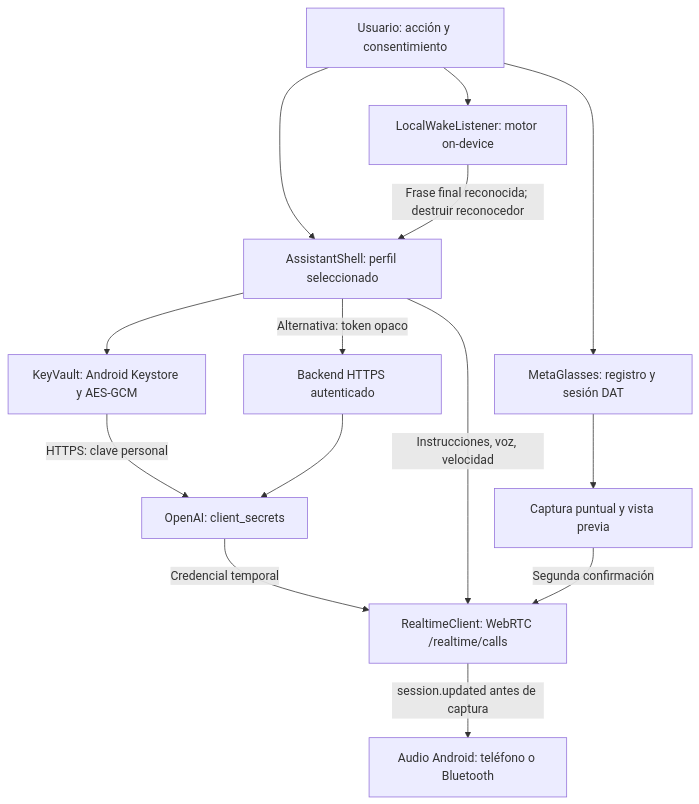
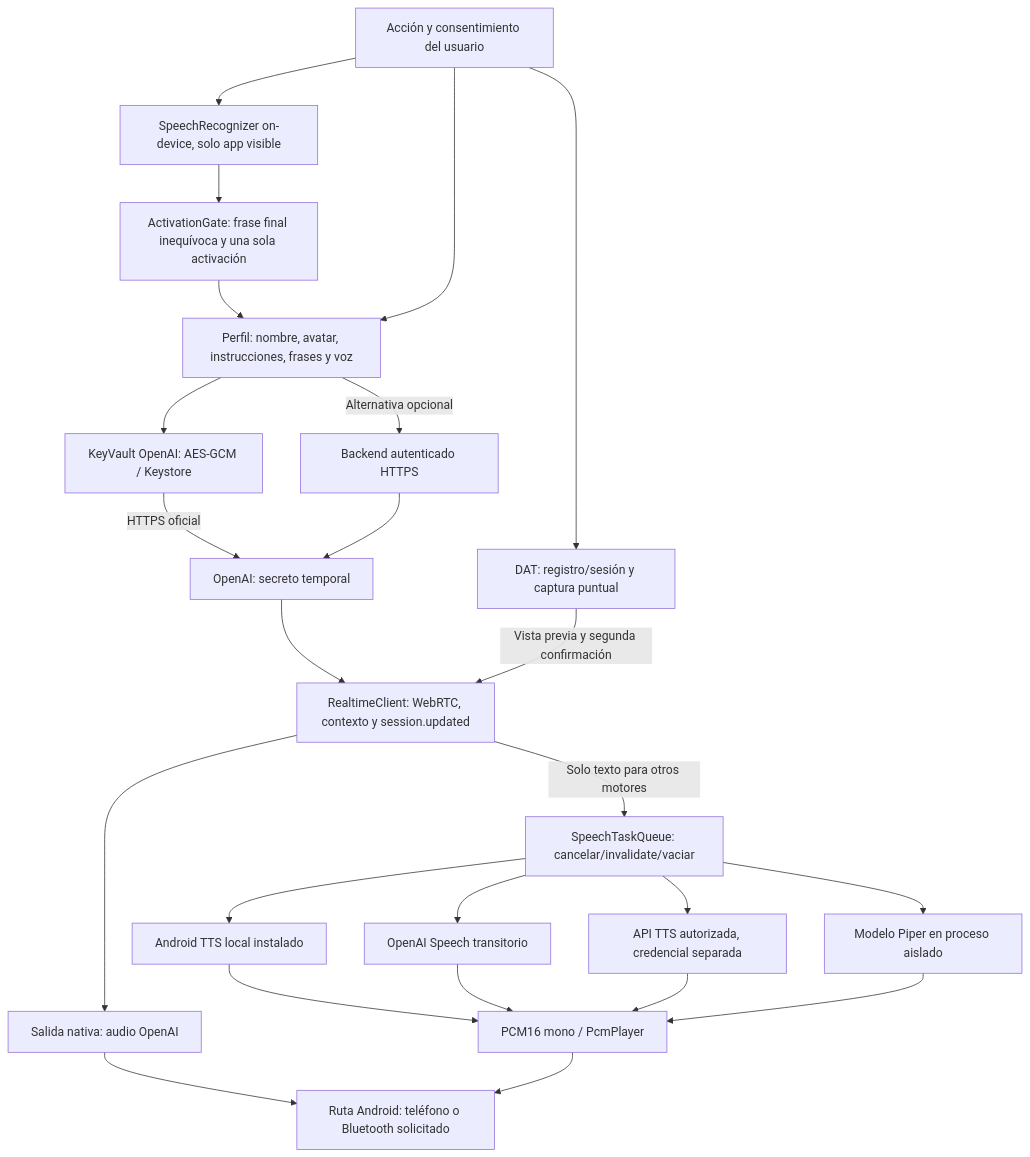
The diagram in docs/ARQUITECTURA.md (PbtServers/PbtMetaGPT), drawn with Mermaid before and after one commit. The commit also changed other lines of this file and 14 other files, not shown here.

````diff
--- a/docs/ARQUITECTURA.md
+++ b/docs/ARQUITECTURA.md
@@ -5,16 +5,26 @@
 ```mermaid
 flowchart TD
-    U[Usuario: acción y consentimiento] --> A[AssistantShell: perfil seleccionado]
-    A --> K[KeyVault: Android Keystore y AES-GCM]
-    K -->|HTTPS: clave personal| S[OpenAI: client_secrets]
-    A -->|Alternativa: token opaco| B[Backend HTTPS autenticado]
-    B --> S
-    S -->|Credencial temporal| R[RealtimeClient: WebRTC /realtime/calls]
-    A -->|Instrucciones, voz, velocidad| R
-    R -->|session.updated antes de captura| M[Audio Android: teléfono o Bluetooth]
-    U --> W[LocalWakeListener: motor on-device]
-    W -->|Frase final reconocida; destruir reconocedor| A
-    U --> D[MetaGlasses: registro y sesión DAT]
-    D --> C[Captura puntual y vista previa]
-    C -->|Segunda confirmación| R
+    U[Acción y consentimiento del usuario] --> W[SpeechRecognizer on-device, solo app visible]
+    W --> G[ActivationGate: frase final inequívoca y una sola activación]
+    G --> P[Perfil: nombre, avatar, instrucciones, frases y voz]
+    U --> P
+    P --> K[KeyVault OpenAI: AES-GCM / Keystore]
+    K -->|HTTPS oficial| E[OpenAI: secreto temporal]
+    P -->|Alternativa opcional| B[Backend autenticado HTTPS]
+    B --> E
+    E --> R[RealtimeClient: WebRTC, contexto y session.updated]
+    R --> N[Salida nativa: audio OpenAI]
+    R -->|Solo texto para otros motores| Q[SpeechTaskQueue: cancelar/invalidate/vaciar]
+    Q --> A[Android TTS local instalado]
+    Q --> S[OpenAI Speech transitorio]
+    Q --> X[API TTS autorizada, credencial separada]
+    Q --> M[Modelo Piper en proceso aislado]
+    A --> C[PCM16 mono / PcmPlayer]
+    S --> C
+    X --> C
+    M --> C
+    N --> O[Ruta Android: teléfono o Bluetooth solicitado]
+    C --> O
+    U --> D[DAT: registro/sesión y captura puntual]
+    D -->|Vista previa y segunda confirmación| R
 ```
````
